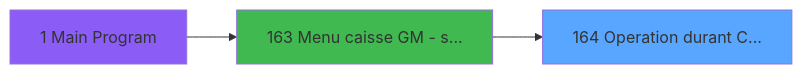
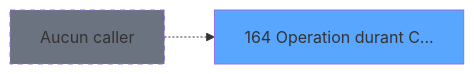
One commit to thonyAGP/magic-migration changed the second of 3 diagrams in .openspec/specs/ADH-IDE-164.md. Above: the diagram before and after it, drawn with Mermaid. The commit also changed other lines of this file and 311 other files, not shown here.

````diff
--- a/.openspec/specs/ADH-IDE-164.md
+++ b/.openspec/specs/ADH-IDE-164.md
@@ -149,11 +134,8 @@
 ```mermaid
 graph LR
     T164[164 Operation durant C...]
     style T164 fill:#58a6ff
-    CC1[1 Main Program]
-    style CC1 fill:#8b5cf6
-    CC163[163 Menu caisse GM - s...]
-    style CC163 fill:#3fb950
-    CC1 --> CC163
-    CC163 --> T164
+    NONE[Aucun caller]
+    NONE -.-> T164
+    style NONE fill:#6b7280,stroke-dasharray: 5 5
 ```
````
